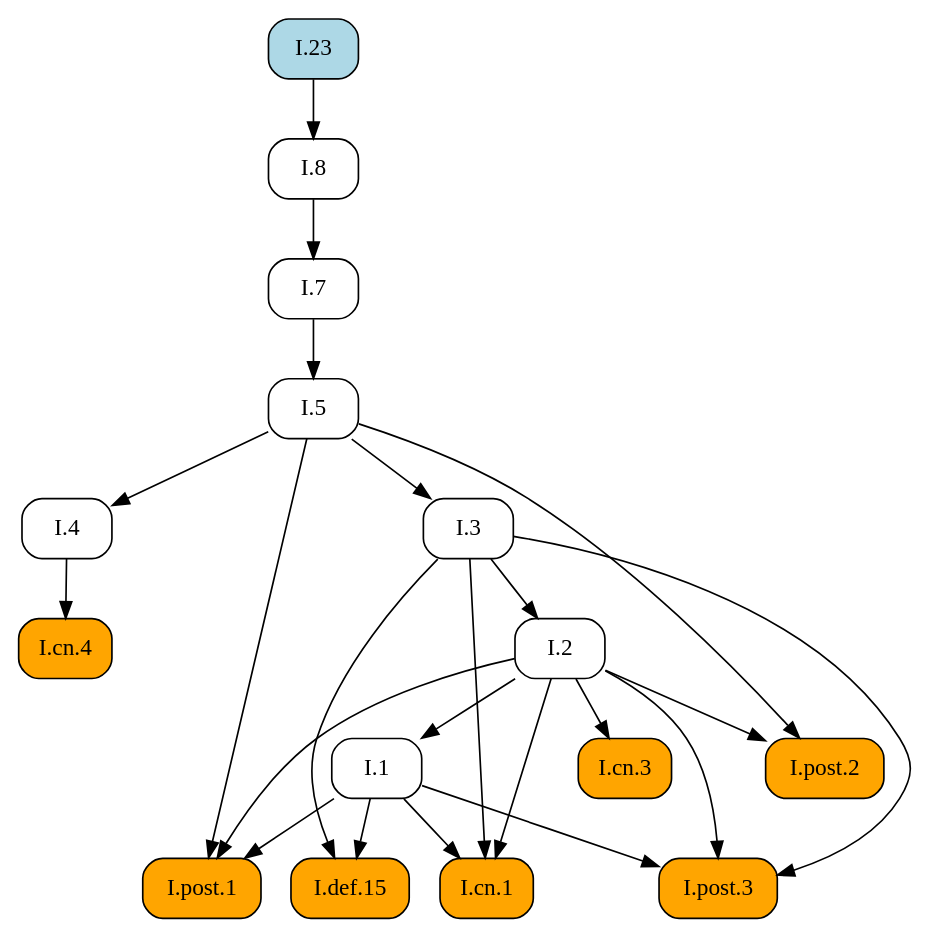
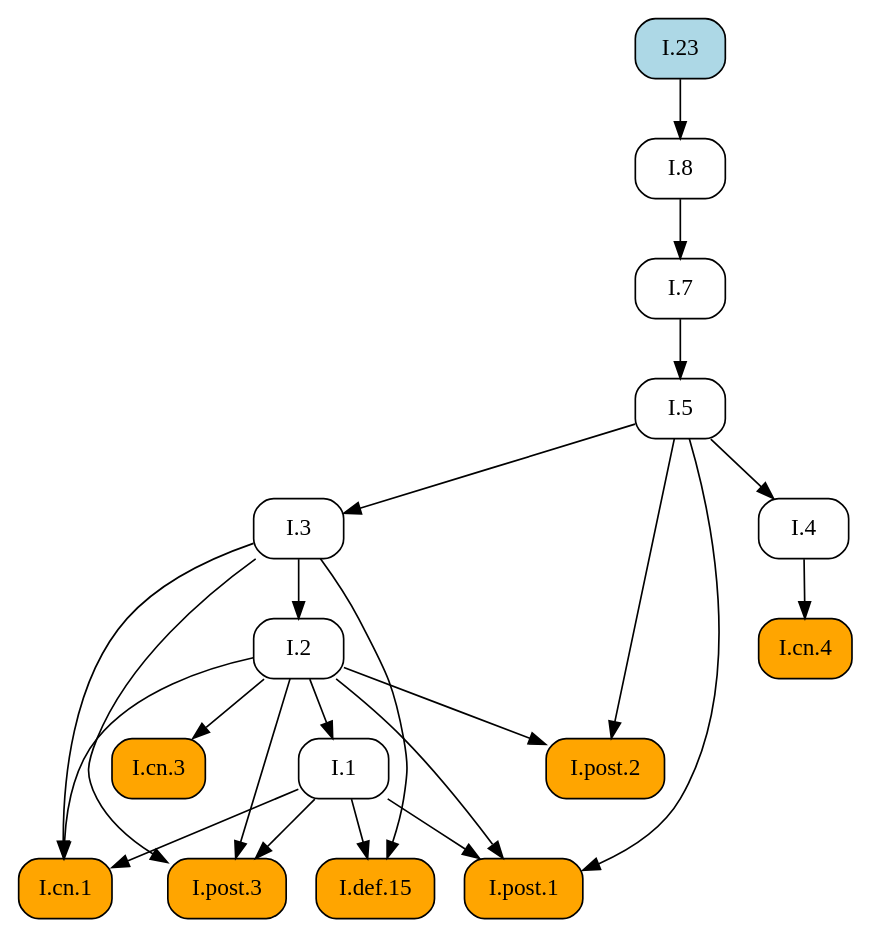
The diagram in docsrc/elements2/I/23/index.rst (geometor/elements), drawn with Graphviz before and after one commit. The commit also changed other lines of this file and 409 other files, not shown here.

First line of the commit message:
feat: Add image cropping and graphic extraction script

```diff
--- a/docsrc/elements2/I/23/index.rst
+++ b/docsrc/elements2/I/23/index.rst
@@ -41,43 +41,43 @@
 .. graphviz::
 
    digraph {
      rankdir="TB";
      node [shape=box, style=rounded];
-     "I.8" [URL="/elements2/I/8/", target="_top"];
-     "I.2" [URL="/elements2/I/2/", target="_top"];
-     "I.1" [URL="/elements2/I/1/", target="_top"];
-     "I.cn.4" [style="rounded,filled", fillcolor=orange, URL="/elements2/I/cn.4/", target="_top"];
-     "I.cn.3" [style="rounded,filled", fillcolor=orange, URL="/elements2/I/cn.3/", target="_top"];
      "I.def.15" [style="rounded,filled", fillcolor=orange, URL="/elements2/I/def.15/", target="_top"];
      "I.23" [style="rounded,filled", fillcolor=lightblue, URL="/elements2/I/23/", target="_top"];
+     "I.8" [URL="/elements2/I/8/", target="_top"];
+     "I.post.1" [style="rounded,filled", fillcolor=orange, URL="/elements2/I/post.1/", target="_top"];
+     "I.5" [URL="/elements2/I/5/", target="_top"];
+     "I.post.2" [style="rounded,filled", fillcolor=orange, URL="/elements2/I/post.2/", target="_top"];
+     "I.3" [URL="/elements2/I/3/", target="_top"];
+     "I.2" [URL="/elements2/I/2/", target="_top"];
+     "I.post.3" [style="rounded,filled", fillcolor=orange, URL="/elements2/I/post.3/", target="_top"];
+     "I.cn.4" [style="rounded,filled", fillcolor=orange, URL="/elements2/I/cn.4/", target="_top"];
+     "I.1" [URL="/elements2/I/1/", target="_top"];
+     "I.cn.1" [style="rounded,filled", fillcolor=orange, URL="/elements2/I/cn.1/", target="_top"];
      "I.4" [URL="/elements2/I/4/", target="_top"];
+     "I.cn.3" [style="rounded,filled", fillcolor=orange, URL="/elements2/I/cn.3/", target="_top"];
      "I.7" [URL="/elements2/I/7/", target="_top"];
-     "I.post.1" [style="rounded,filled", fillcolor=orange, URL="/elements2/I/post.1/", target="_top"];
-     "I.3" [URL="/elements2/I/3/", target="_top"];
-     "I.post.2" [style="rounded,filled", fillcolor=orange, URL="/elements2/I/post.2/", target="_top"];
-     "I.5" [URL="/elements2/I/5/", target="_top"];
-     "I.cn.1" [style="rounded,filled", fillcolor=orange, URL="/elements2/I/cn.1/", target="_top"];
-     "I.post.3" [style="rounded,filled", fillcolor=orange, URL="/elements2/I/post.3/", target="_top"];
-     "I.23" -> "I.8";
-     "I.3" -> "I.2";
-     "I.2" -> "I.1";
-     "I.4" -> "I.cn.4";
-     "I.2" -> "I.cn.3";
      "I.1" -> "I.def.15";
      "I.3" -> "I.def.15";
-     "I.5" -> "I.4";
-     "I.8" -> "I.7";
+     "I.23" -> "I.8";
      "I.1" -> "I.post.1";
      "I.2" -> "I.post.1";
      "I.5" -> "I.post.1";
-     "I.5" -> "I.3";
+     "I.7" -> "I.5";
      "I.2" -> "I.post.2";
      "I.5" -> "I.post.2";
-     "I.7" -> "I.5";
+     "I.5" -> "I.3";
+     "I.3" -> "I.2";
+     "I.1" -> "I.post.3";
+     "I.2" -> "I.post.3";
+     "I.3" -> "I.post.3";
+     "I.4" -> "I.cn.4";
+     "I.2" -> "I.1";
      "I.1" -> "I.cn.1";
      "I.2" -> "I.cn.1";
      "I.3" -> "I.cn.1";
-     "I.1" -> "I.post.3";
-     "I.2" -> "I.post.3";
-     "I.3" -> "I.post.3";
+     "I.5" -> "I.4";
+     "I.2" -> "I.cn.3";
+     "I.8" -> "I.7";
    }
```
